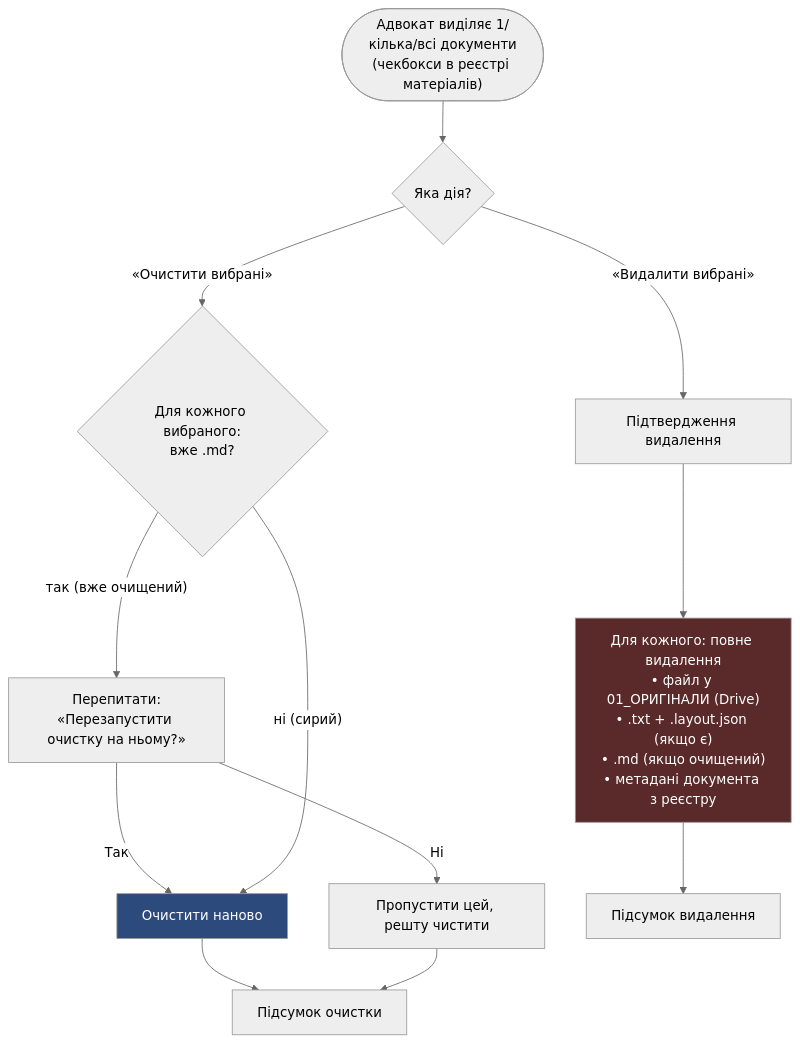
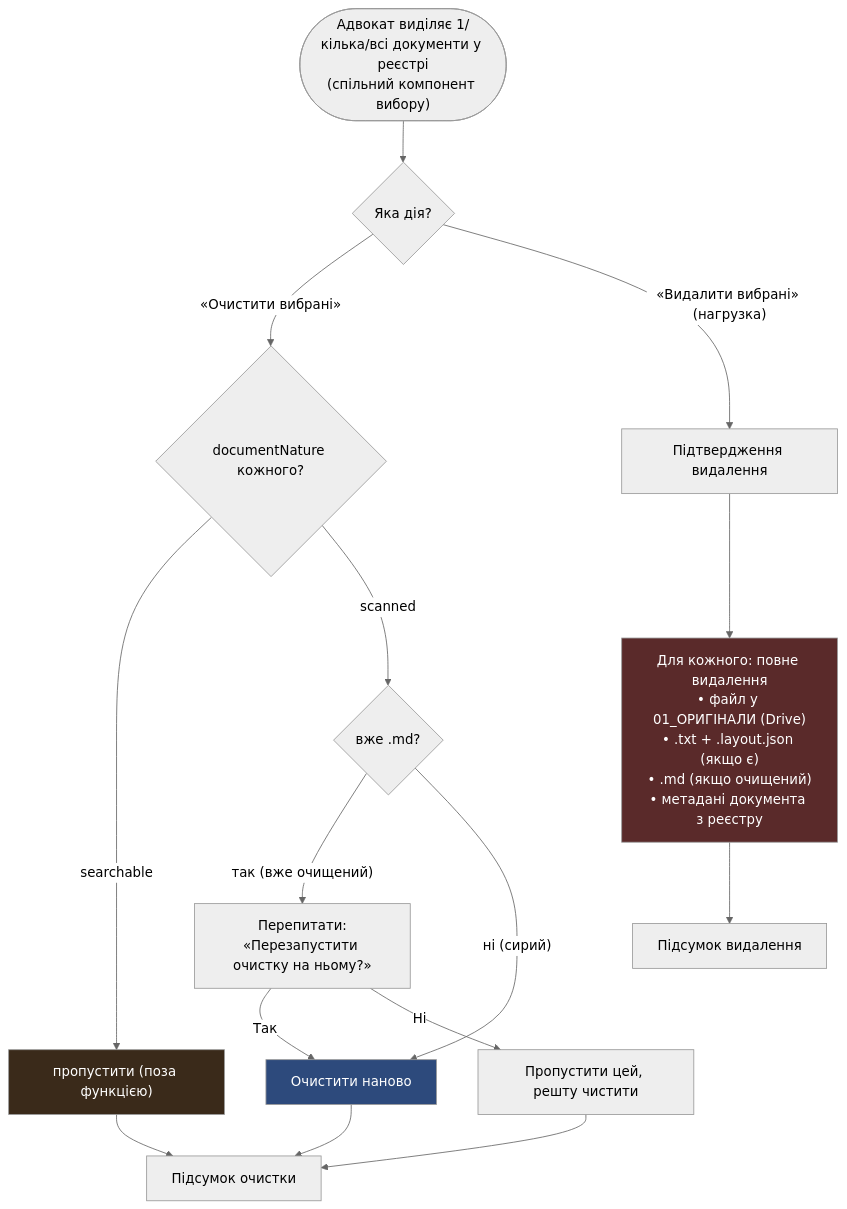
The fifth of 5 diagrams in docs/mermaid/flow_clean_text.md (vadymlevyt/registry), drawn with Mermaid (neutral theme) before and after one commit. The commit also changed other lines of this file, not shown here.

First line of the commit message:
docs(task3): mermaid — спільний компонент вибору файлів (винос з ArchiveView)

````diff
--- a/docs/mermaid/flow_clean_text.md
+++ b/docs/mermaid/flow_clean_text.md
@@ -168,20 +209,24 @@
 ```mermaid
 flowchart TD
-    Select(["Адвокат виділяє 1/кілька/всі документи<br/>(чекбокси в реєстрі матеріалів)"]) --> Action{"Яка дія?"}
+    Select(["Адвокат виділяє 1/кілька/всі документи у реєстрі<br/>(спільний компонент вибору)"]) --> Action{"Яка дія?"}
 
-    Action -->|"«Очистити вибрані»"| CheckEach{"Для кожного вибраного:<br/>вже .md?"}
+    Action -->|"«Очистити вибрані»"| ScopeC{"documentNature кожного?"}
+    ScopeC -->|"searchable"| SkipSC["пропустити (поза функцією)"]
+    ScopeC -->|"scanned"| CheckEach{"вже .md?"}
     CheckEach -->|"так (вже очищений)"| Ask["Перепитати:<br/>«Перезапустити очистку на ньому?»"]
     Ask -->|Так| Reclean["Очистити наново"]
     Ask -->|Ні| SkipDoc["Пропустити цей, решту чистити"]
     CheckEach -->|"ні (сирий)"| Reclean
 
     Reclean --> CleanResult["Підсумок очистки"]
     SkipDoc --> CleanResult
+    SkipSC --> CleanResult
 
-    Action -->|"«Видалити вибрані»"| DelConfirm["Підтвердження видалення"]
+    Action -->|"«Видалити вибрані» (нагрузка)"| DelConfirm["Підтвердження видалення"]
     DelConfirm --> DelEach["Для кожного: повне видалення<br/>• файл у 01_ОРИГІНАЛИ (Drive)<br/>• .txt + .layout.json (якщо є)<br/>• .md (якщо очищений)<br/>• метадані документа з реєстру"]
     DelEach --> DelResult["Підсумок видалення"]
 
     style Reclean fill:#2d4a7c,color:#fff
     style DelEach fill:#5a2a2a,color:#fff
+    style SkipSC fill:#3a2a1a,color:#fff
 ```
````
